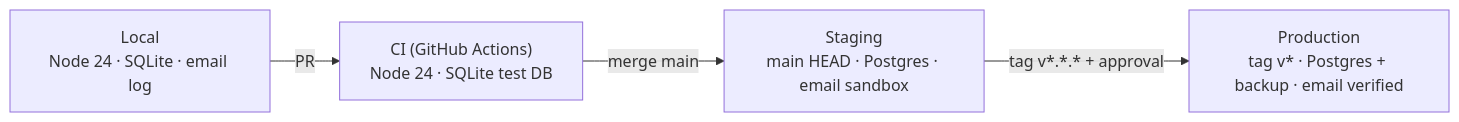
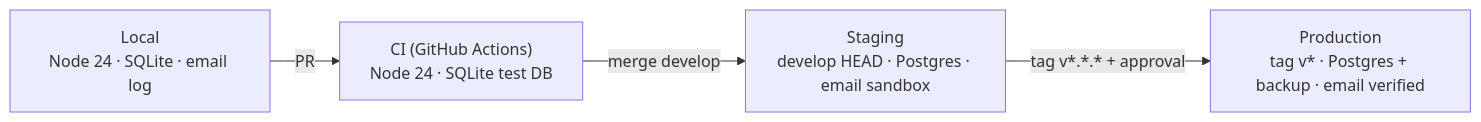
Before and after one commit to Inoeng85/invoicing-agentic: the diagram in docs/0000_platform_setup/prd_platform_setup.md, drawn with Mermaid. The commit also changed other lines of this file and 1061 other files, not shown here.

````diff
--- a/docs/0000_platform_setup/prd_platform_setup.md
+++ b/docs/0000_platform_setup/prd_platform_setup.md
@@ -106,11 +106,11 @@
 ```mermaid
 flowchart LR
   Local["Local<br/>Node 24 · SQLite · email log"]
   CI["CI (GitHub Actions)<br/>Node 24 · SQLite test DB"]
-  Staging["Staging<br/>main HEAD · Postgres · email sandbox"]
+  Staging["Staging<br/>develop HEAD · Postgres · email sandbox"]
   Prod["Production<br/>tag v* · Postgres + backup · email verified"]
 
   Local -->|PR| CI
-  CI -->|merge main| Staging
+  CI -->|merge develop| Staging
   Staging -->|tag v*.*.* + approval| Prod
 ```
````
